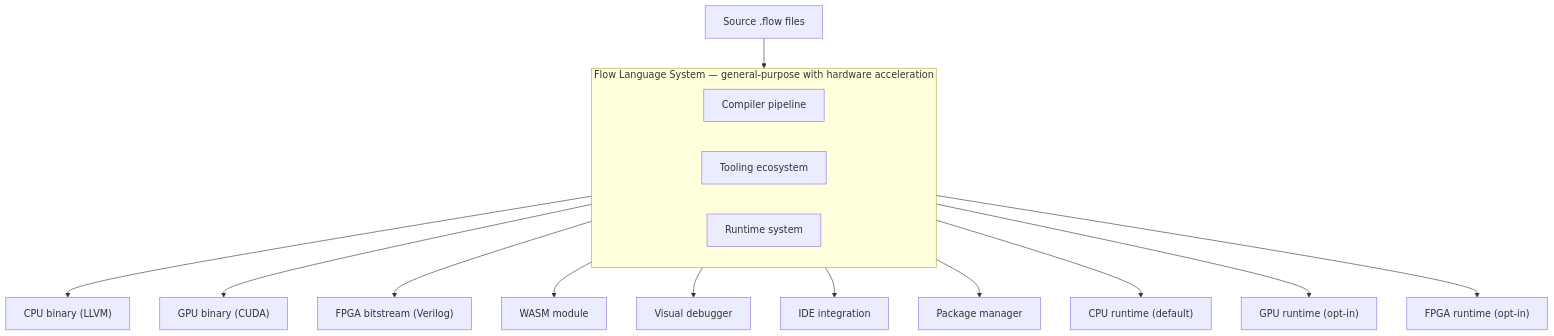
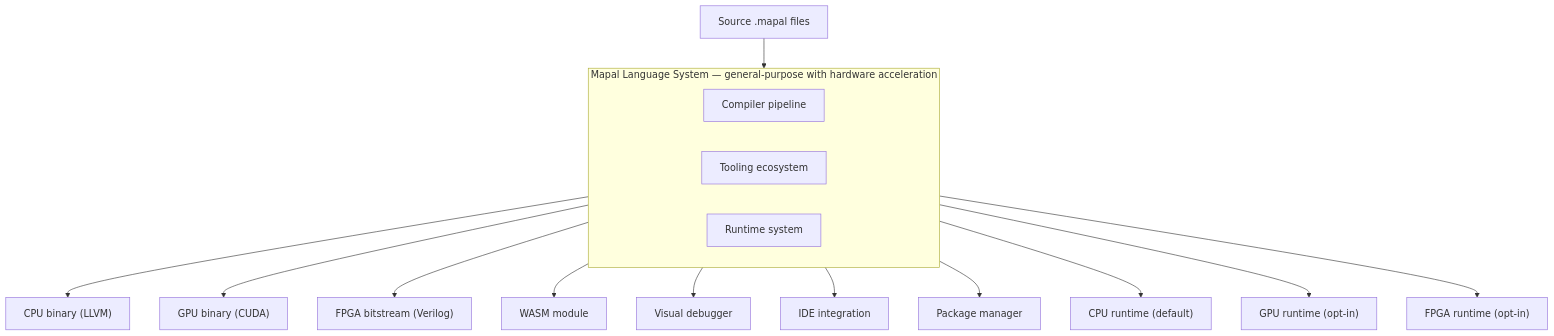
Before and after one commit to LessComplexity/flow: the first of 13 diagrams in docs/spec/architecture.md, drawn with Mermaid. The commit also changed other lines of this file and 659 other files, not shown here.

````diff
--- a/docs/spec/architecture.md
+++ b/docs/spec/architecture.md
@@ -28,21 +28,21 @@
 ```mermaid
 flowchart TB
-    src[Source .flow files]
-    subgraph sys["Flow Language System — general-purpose with hardware acceleration"]
+    src[Source .mapal files]
+    subgraph sys["Mapal Language System — general-purpose with hardware acceleration"]
         direction LR
         comp["Compiler pipeline"]
         tool["Tooling ecosystem"]
         rt["Runtime system"]
     end
     src --> sys
     comp --> cpu["CPU binary (LLVM)"]
     comp --> gpu["GPU binary (CUDA)"]
     comp --> fpga["FPGA bitstream (Verilog)"]
     comp --> wasm["WASM module"]
     tool --> debug["Visual debugger"]
     tool --> ide["IDE integration"]
     tool --> pkg["Package manager"]
     rt --> rtcpu["CPU runtime (default)"]
     rt --> rtgpu["GPU runtime (opt-in)"]
     rt --> rtfpga["FPGA runtime (opt-in)"]
 ```
````
